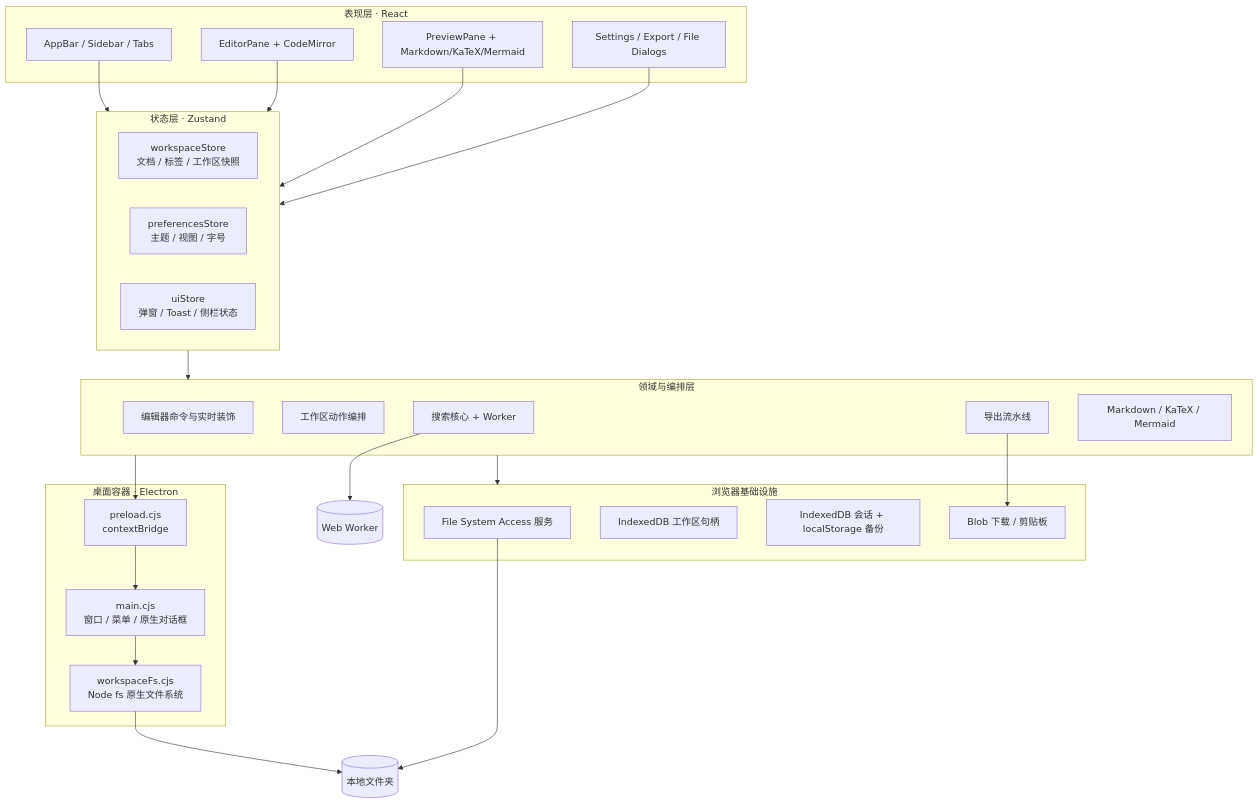
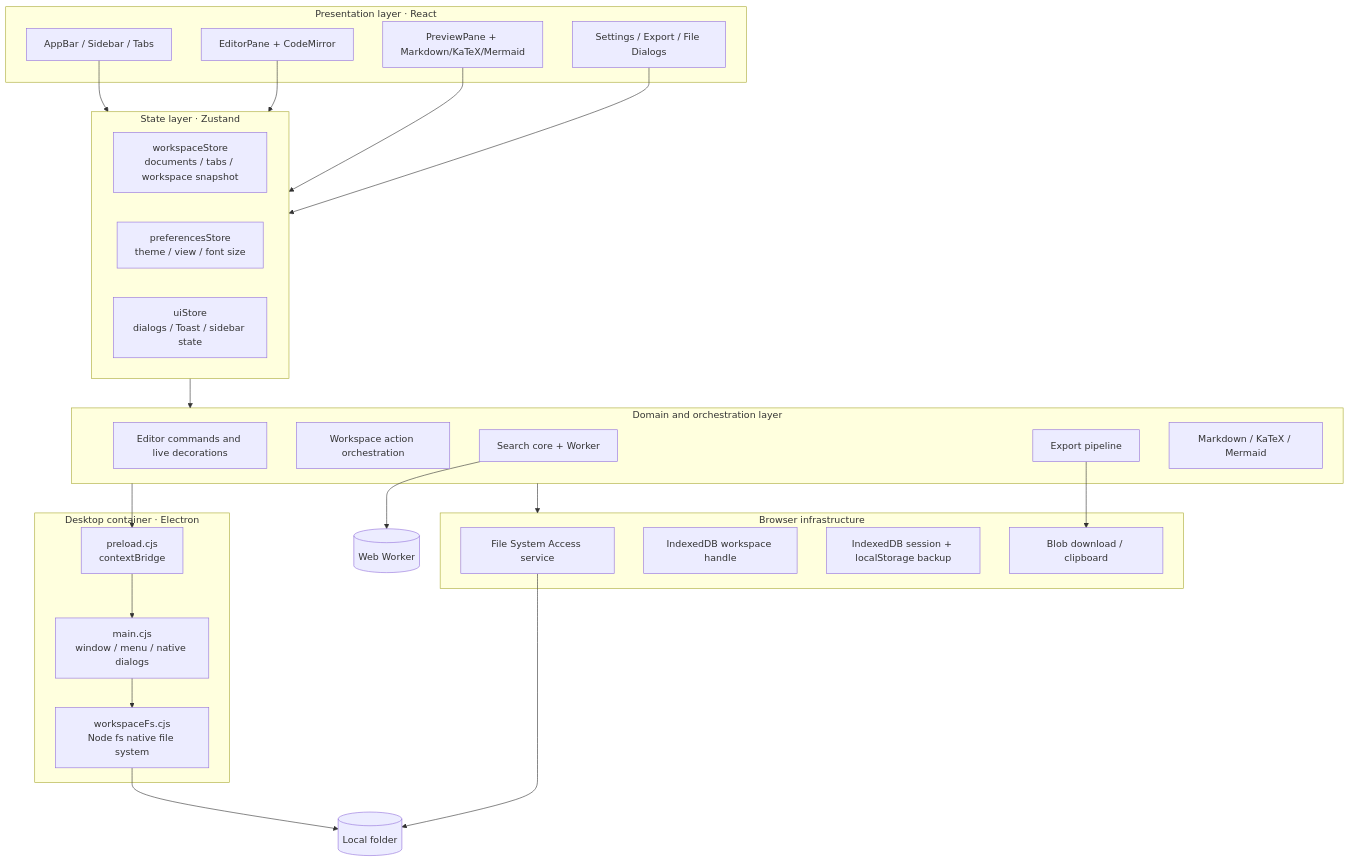
The first of 5 diagrams in docs/ARCHITECTURE.md (yvnli/markdown-studio), drawn with Mermaid before and after one commit. The commit also changed other lines of this file and 5 other files, not shown here.

````diff
--- a/docs/ARCHITECTURE.md
+++ b/docs/ARCHITECTURE.md
@@ -60,53 +62,53 @@
 ```mermaid
 flowchart TB
-  subgraph Presentation[表现层 · React]
+  subgraph Presentation[Presentation layer · React]
     AppBar[AppBar / Sidebar / Tabs]
     EditorUI[EditorPane + CodeMirror]
     PreviewUI[PreviewPane + Markdown/KaTeX/Mermaid]
     Dialogs[Settings / Export / File Dialogs]
   end
 
-  subgraph State[状态层 · Zustand]
-    WorkspaceStore[workspaceStore\n文档 / 标签 / 工作区快照]
-    PrefStore[preferencesStore\n主题 / 视图 / 字号]
-    UIStore[uiStore\n弹窗 / Toast / 侧栏状态]
+  subgraph State[State layer · Zustand]
+    WorkspaceStore[workspaceStore\ndocuments / tabs / workspace snapshot]
+    PrefStore[preferencesStore\ntheme / view / font size]
+    UIStore[uiStore\ndialogs / Toast / sidebar state]
   end
 
-  subgraph Domain[领域与编排层]
-    EditorCommands[编辑器命令与实时装饰]
-    WorkspaceActions[工作区动作编排]
-    SearchCore[搜索核心 + Worker]
-    ExportPipeline[导出流水线]
+  subgraph Domain[Domain and orchestration layer]
+    EditorCommands[Editor commands and live decorations]
+    WorkspaceActions[Workspace action orchestration]
+    SearchCore[Search core + Worker]
+    ExportPipeline[Export pipeline]
     MarkdownPipeline[Markdown / KaTeX / Mermaid]
   end
 
-  subgraph Desktop[桌面容器 · Electron]
+  subgraph Desktop[Desktop container · Electron]
     Main[main.cjs
-窗口 / 菜单 / 原生对话框]
+window / menu / native dialogs]
     Preload[preload.cjs
 contextBridge]
     NativeFS[workspaceFs.cjs
-Node fs 原生文件系统]
+Node fs native file system]
   end
 
-  subgraph Infrastructure[浏览器基础设施]
-    FSAccess[File System Access 服务]
-    HandleDB[IndexedDB 工作区句柄]
-    Session[IndexedDB 会话 + localStorage 备份]
-    Download[Blob 下载 / 剪贴板]
+  subgraph Infrastructure[Browser infrastructure]
+    FSAccess[File System Access service]
+    HandleDB[IndexedDB workspace handle]
+    Session[IndexedDB session + localStorage backup]
+    Download[Blob download / clipboard]
   end
 
   AppBar --> State
   EditorUI --> State
   PreviewUI --> State
   Dialogs --> State
   State --> Domain
   Domain --> Infrastructure
   Domain --> Preload
   Preload --> Main
   Main --> NativeFS
-  NativeFS --> FileSystem[(本地文件夹)]
+  NativeFS --> FileSystem[(Local folder)]
   FSAccess --> FileSystem
   SearchCore --> Worker[(Web Worker)]
   ExportPipeline --> Download
 ```
````
